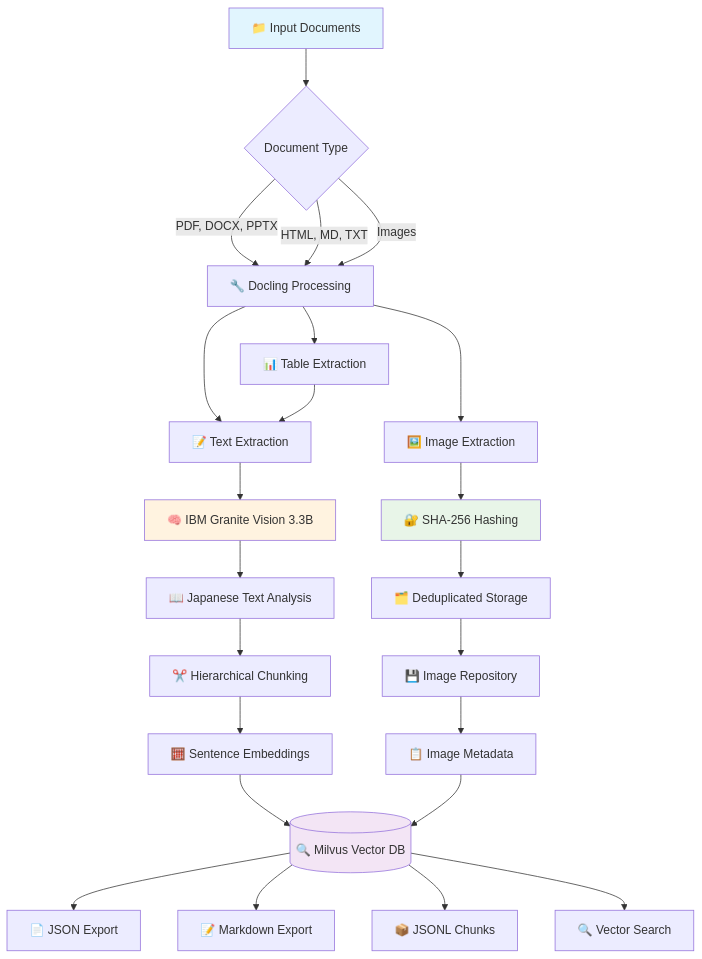
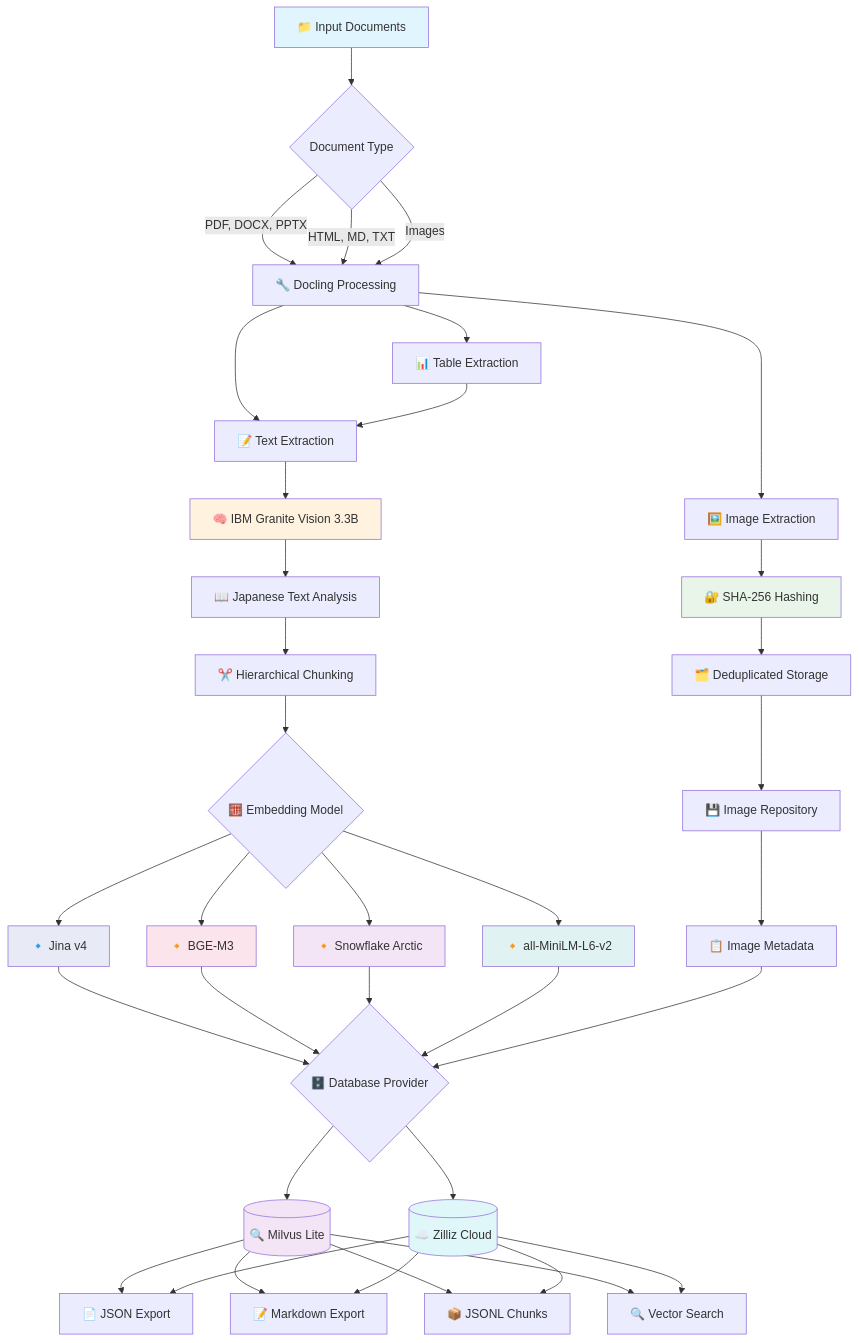
Before and after one commit to paazmaya/docling-japanese-books: the diagram in README.md, drawn with Mermaid. The commit also changed other lines of this file and 2 other files, not shown here.

Commit message:
Cleaning readme and remembering to add OCR tools for vision model

````diff
--- a/README.md
+++ b/README.md
@@ -38,37 +38,56 @@
 ```mermaid
 flowchart TD
-    A[📁 Input Documents] --> B{Document Type}
-    B -->|PDF, DOCX, PPTX| C[🔧 Docling Processing]
-    B -->|HTML, MD, TXT| C
-    B -->|Images| C
+  A[📁 Input Documents] --> B{Document Type}
+  B -->|PDF, DOCX, PPTX| C[🔧 Docling Processing]
+  B -->|HTML, MD, TXT| C
+  B -->|Images| C
 
-    C --> D[📝 Text Extraction]
-    C --> E[🖼️ Image Extraction]
-    C --> F[📊 Table Extraction]
+  C --> D[📝 Text Extraction]
+  C --> E[🖼️ Image Extraction]
+  C --> F[📊 Table Extraction]
 
-    D --> G[🧠 IBM Granite Vision 3.3B]
-    E --> H[🔐 SHA-256 Hashing]
-    F --> D
+  D --> G[🧠 IBM Granite Vision 3.3B]
+  E --> H[🔐 SHA-256 Hashing]
+  F --> D
 
-    G --> I[📖 Japanese Text Analysis]
-    H --> J[🗂️ Deduplicated Storage]
+  G --> I[📖 Japanese Text Analysis]
+  H --> J[🗂️ Deduplicated Storage]
 
-    I --> K[✂️ Hierarchical Chunking]
-    J --> L[💾 Image Repository]
+  I --> K[✂️ Hierarchical Chunking]
+  J --> L[💾 Image Repository]
 
-    K --> M[🧮 Sentence Embeddings]
-    L --> N[📋 Image Metadata]
+  K --> M{🧮 Embedding Model}
+  M --> M1[🔹 Jina v4]
+  M --> M2[🔸 BGE-M3]
+  M --> M3[🔸 Snowflake Arctic]
+  M --> M4[🔸 all-MiniLM-L6-v2]
+  L --> N[📋 Image Metadata]
 
-    M --> O[(🔍 Milvus Vector DB)]
-    N --> O
+  M1 --> O{🗄️ Database Provider}
+  M2 --> O
+  M3 --> O
+  M4 --> O
+  N --> O
 
-    O --> P[📄 JSON Export]
-    O --> Q[📝 Markdown Export]
-    O --> R[📦 JSONL Chunks]
-    O --> S[🔍 Vector Search]
+  O --> O1[(🔍 Milvus Lite)]
+  O --> O2[(☁️ Zilliz Cloud)]
 
-    style A fill:#e1f5fe
-    style O fill:#f3e5f5
-    style G fill:#fff3e0
-    style H fill:#e8f5e8
+  O1 --> P[📄 JSON Export]
+  O1 --> Q[📝 Markdown Export]
+  O1 --> R[📦 JSONL Chunks]
+  O1 --> S[🔍 Vector Search]
+  O2 --> P
+  O2 --> Q
+  O2 --> R
+  O2 --> S
+
+  style A fill:#e1f5fe
+  style O1 fill:#f3e5f5
+  style O2 fill:#e0f7fa
+  style G fill:#fff3e0
+  style H fill:#e8f5e8
+  style M1 fill:#e8eaf6
+  style M2 fill:#fce4ec
+  style M3 fill:#f3e5f5
+  style M4 fill:#e0f2f1
 ```
````
